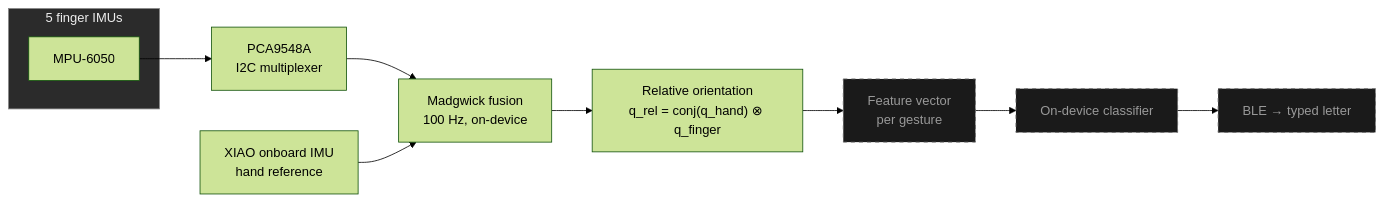
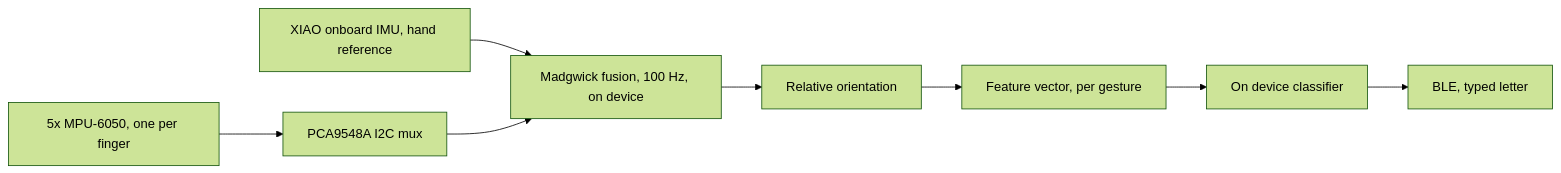
One commit to PiyushPapaya/Cheirograph changed the first of 2 diagrams in README.md. Above: the diagram before and after it, drawn with Mermaid (forest theme). The commit also changed other lines of this file and 9 other files, not shown here.

First line of the commit message:
fix: simplify Mermaid diagrams so GitHub actually renders them, vary headings

````diff
--- a/README.md
+++ b/README.md
@@ -19,19 +19,10 @@
 ```mermaid
 flowchart LR
-    subgraph Sensors["5 finger IMUs"]
-        F1[MPU-6050]
-    end
-    H[XIAO onboard IMU<br/>hand reference]
-    F1 --> MUX[PCA9548A<br/>I2C multiplexer]
-    MUX --> FUSE
-    H --> FUSE[Madgwick fusion<br/>100 Hz, on-device]
-    FUSE --> REL["Relative orientation<br/>q_rel = conj(q_hand) ⊗ q_finger"]
-    REL --> FEAT[Feature vector<br/>per gesture]
-    FEAT --> CLS[On-device classifier]
-    CLS --> BLE[BLE → typed letter]
-
-    style Sensors fill:#2b2b2b,stroke:#888,color:#eee
-    style FEAT fill:#1a1a1a,stroke:#666,color:#999,stroke-dasharray: 5 5
-    style CLS fill:#1a1a1a,stroke:#666,color:#999,stroke-dasharray: 5 5
-    style BLE fill:#1a1a1a,stroke:#666,color:#999,stroke-dasharray: 5 5
+    F[5x MPU-6050, one per finger] --> MUX[PCA9548A I2C mux]
+    H[XIAO onboard IMU, hand reference] --> FUSE
+    MUX --> FUSE[Madgwick fusion, 100 Hz, on device]
+    FUSE --> REL[Relative orientation]
+    REL --> FEAT[Feature vector, per gesture]
+    FEAT --> CLS[On device classifier]
+    CLS --> BLE[BLE, typed letter]
 ```
````
